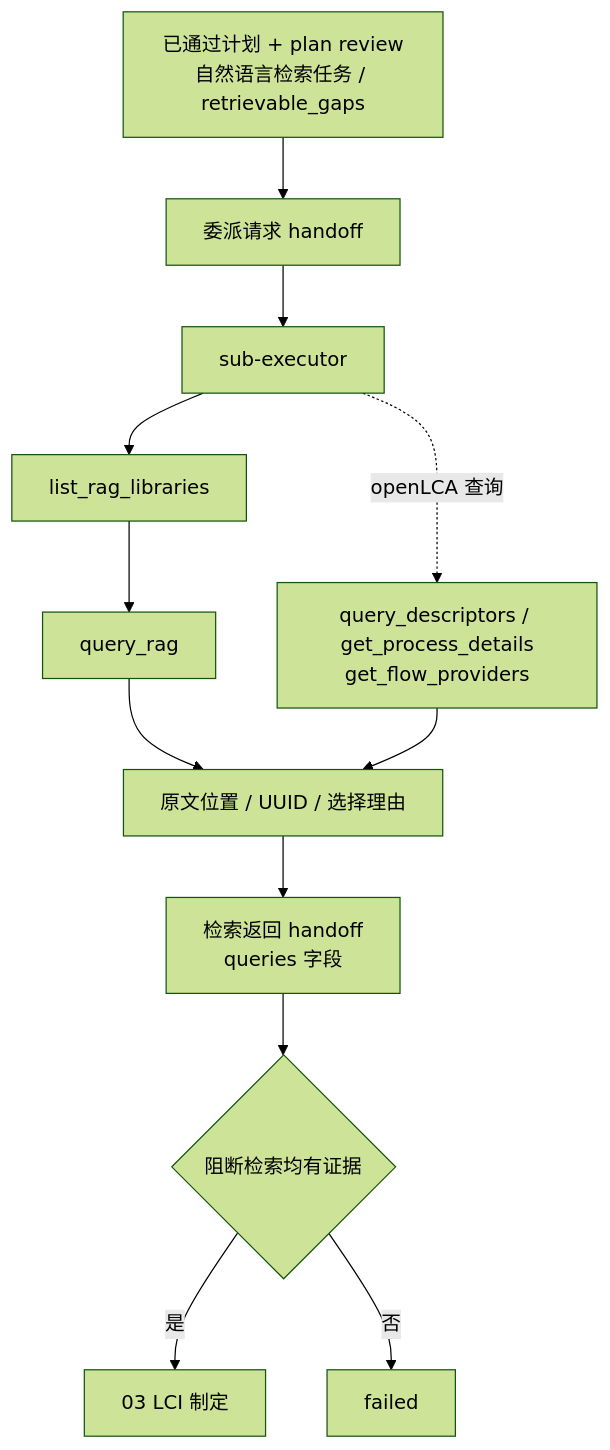
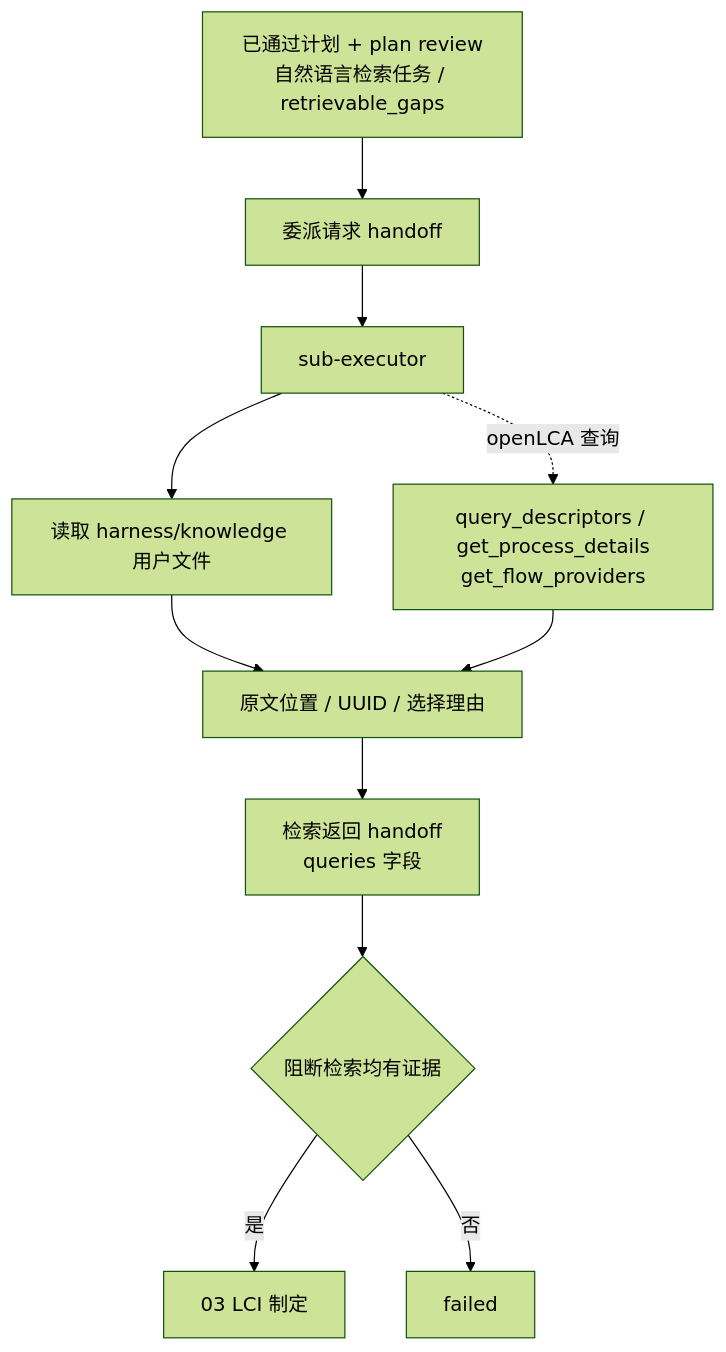
The diagram in harness/specs/02-evidence-retrieval/schema_mapping.md (mrzed891194322/Harness-driven-LCA-dev-agents), drawn with Mermaid (forest theme) before and after one commit. The commit also changed other lines of this file and 500 other files, not shown here.

````diff
--- a/harness/specs/02-evidence-retrieval/schema_mapping.md
+++ b/harness/specs/02-evidence-retrieval/schema_mapping.md
@@ -7,21 +7,20 @@
 ```mermaid
 flowchart TD
     input["已通过计划 + plan review<br/>自然语言检索任务 / retrievable_gaps"]
     request["委派请求 handoff"]
     executor["sub-executor"]
-    libs["list_rag_libraries"]
-    rag["query_rag"]
+    files["读取 harness/knowledge 用户文件"]
     descriptor["query_descriptors / get_process_details<br/>get_flow_providers"]
     evidence["原文位置 / UUID / 选择理由"]
     returned["检索返回 handoff<br/>queries 字段"]
     gate{"阻断检索均有证据"}
     next["03 LCI 制定"]
     stop["failed"]
 
     input --> request --> executor
-    executor --> libs --> rag --> evidence
+    executor --> files --> evidence
     executor -. openLCA 查询 .-> descriptor --> evidence
     evidence --> returned --> gate
     gate -->|是| next
     gate -->|否| stop
 ```
````
